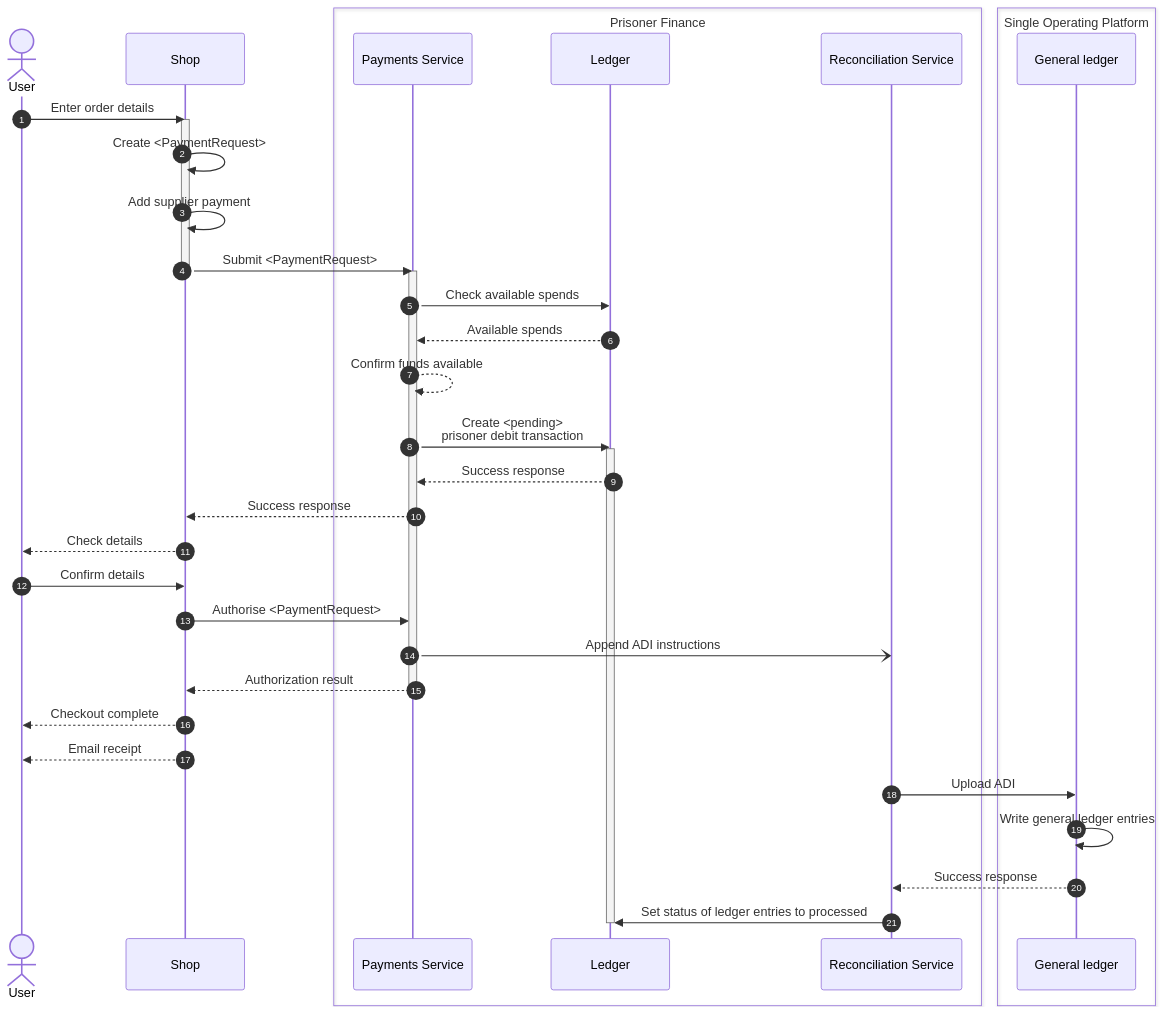
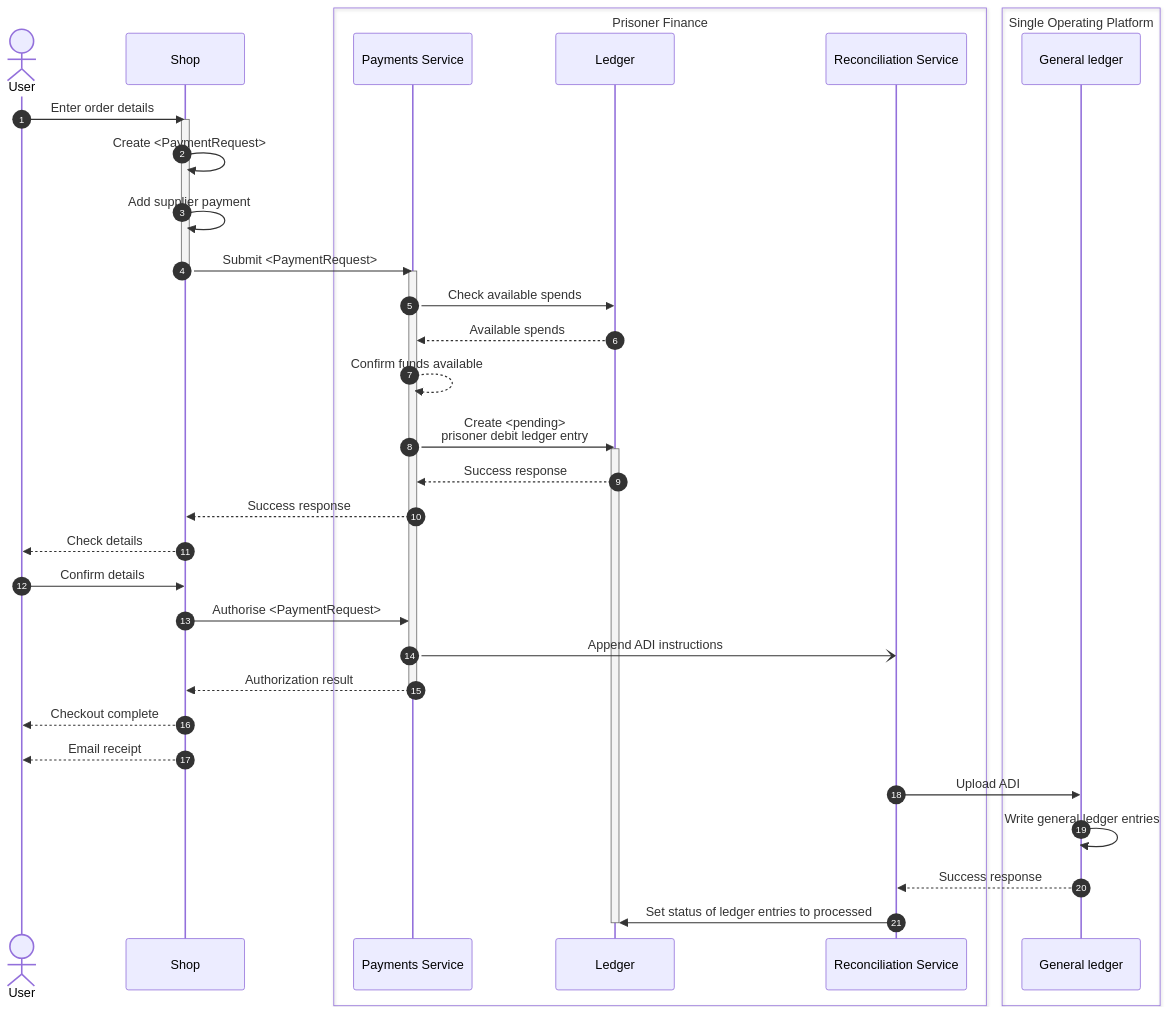
The first of 8 diagrams in docs/processes-purchasing.md (ministryofjustice/hmpps-prisoner-finance-poc-api), drawn with Mermaid before and after one commit. The commit also changed other lines of this file, not shown here.

Commit message:
Add examples of API POST request schemas for creating a paymentRequest

````diff
--- a/docs/processes-purchasing.md
+++ b/docs/processes-purchasing.md
@@ -9,43 +9,43 @@
 ```mermaid
 sequenceDiagram
   actor USER as User
   participant SHOP as Shop
   box Prisoner Finance
   participant API as Payments Service
   participant LEDGER as Ledger
   participant ADI as Reconciliation Service
   end
   box Single Operating Platform
   participant SOP as General ledger
   end
 
   autonumber
 
   USER ->> SHOP: Enter order details
   activate SHOP
   SHOP ->> SHOP: Create <PaymentRequest>
   SHOP ->> SHOP: Add supplier payment
   SHOP ->> API: Submit <PaymentRequest>
   deactivate SHOP
   activate API
   API ->> LEDGER: Check available spends
   LEDGER -->> API: Available spends
   API -->> API: Confirm funds available
-  API ->> LEDGER: Create <pending><br/>prisoner debit transaction
+  API ->> LEDGER: Create <pending><br/>prisoner debit ledger entry
   activate LEDGER
   LEDGER -->> API: Success response
   API -->> SHOP: Success response
   SHOP -->> USER: Check details
   USER ->> SHOP: Confirm details
   SHOP ->> API: Authorise <PaymentRequest>
   API -) ADI: Append ADI instructions
   API -->> SHOP: Authorization result
   deactivate API
   SHOP -->> USER: Checkout complete
   SHOP -->> USER: Email receipt
   ADI ->> SOP: Upload ADI
   SOP ->> SOP: Write general ledger entries
   SOP -->> ADI: Success response
   ADI ->> LEDGER: Set status of ledger entries to processed
   deactivate LEDGER
 ```
````
